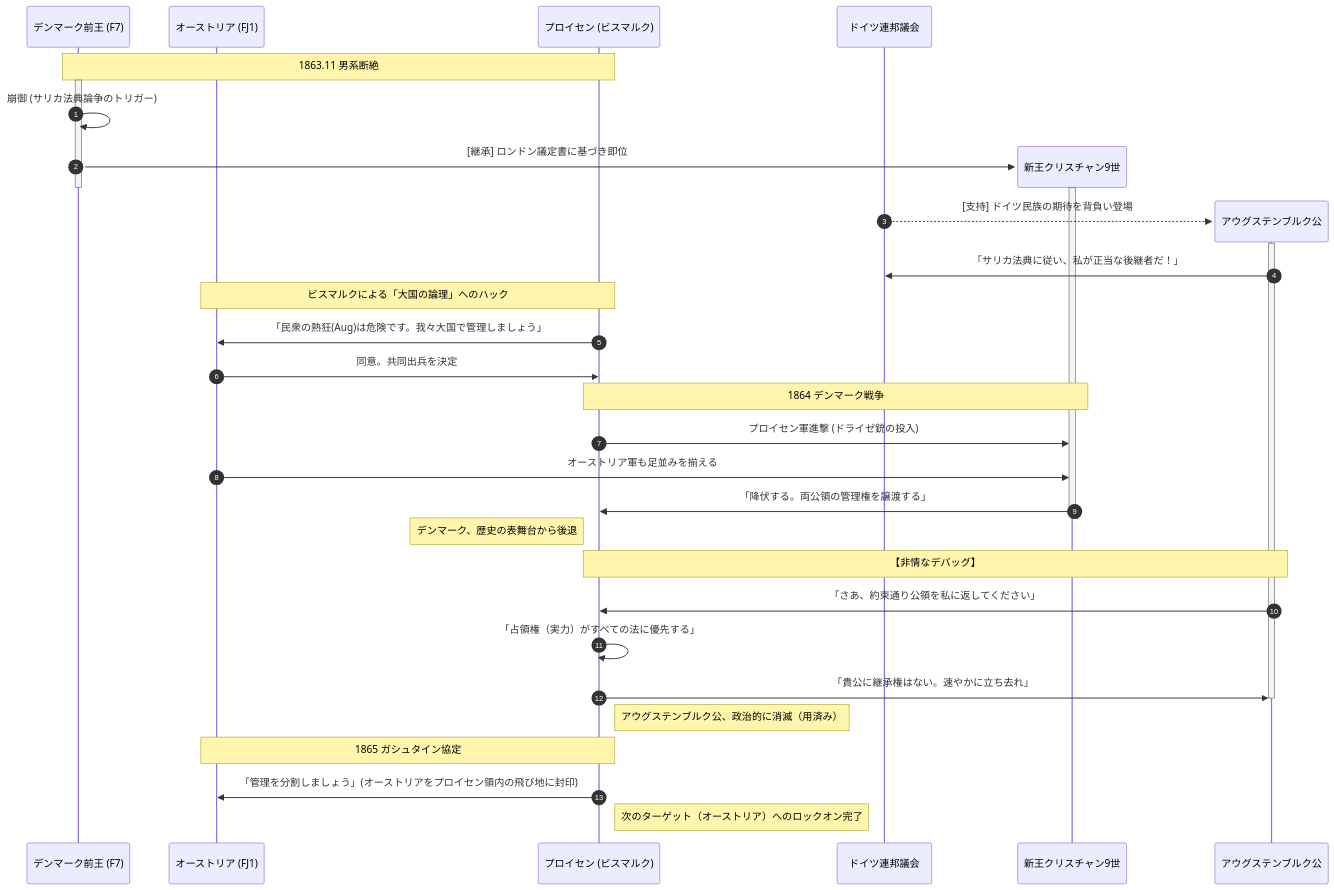
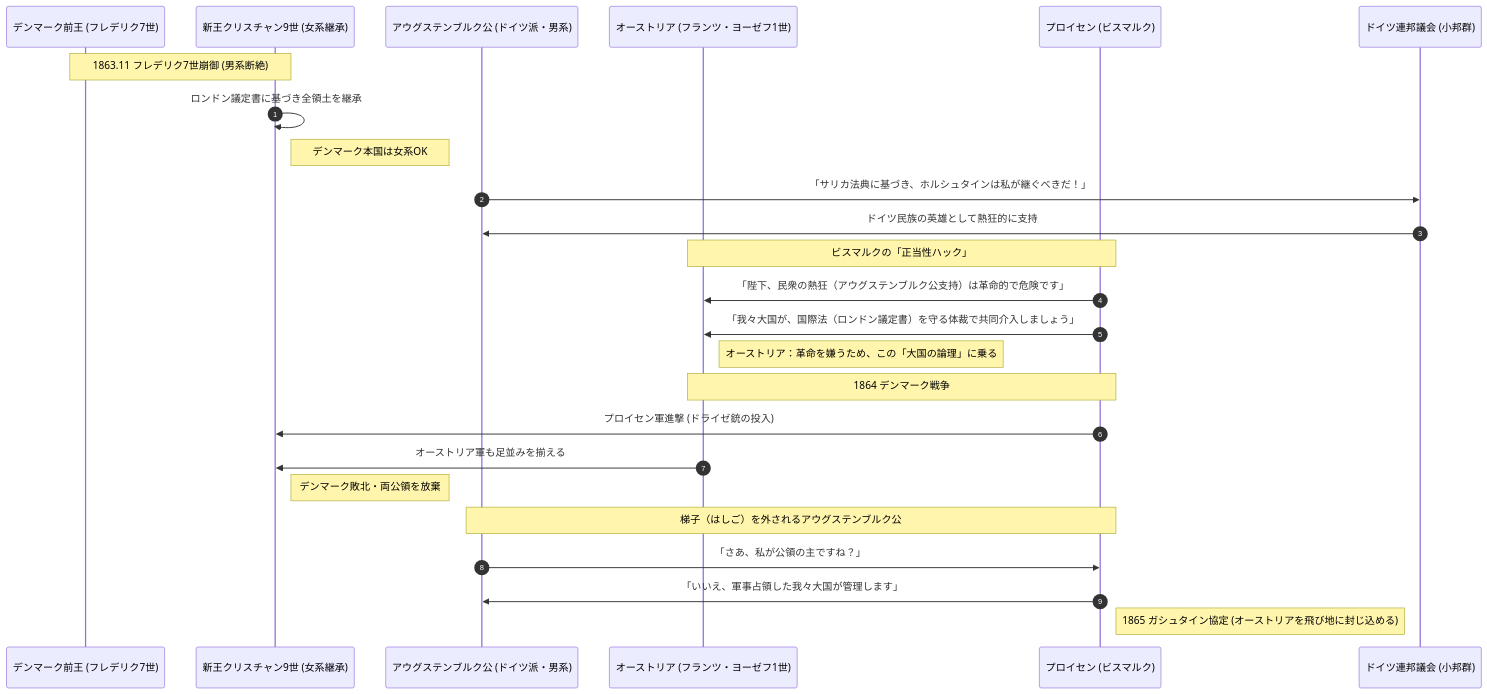
The diagram in 02_zettelkasten/21_domain/history/structure/シュレスヴィヒ=ホルシュタイン問題.md (aokicreativeoffice/AokiCreativeOfficeGTD), drawn with Mermaid before and after one commit. The commit also changed 1 other file, not shown here.

Commit message:
vault backup: 2026-03-26 10:09:20

````diff
--- a/02_zettelkasten/21_domain/history/structure/シュレスヴィヒ=ホルシュタイン問題.md
+++ b/02_zettelkasten/21_domain/history/structure/シュレスヴィヒ=ホルシュタイン問題.md
@@ -25,50 +25,32 @@
 ```mermaid
 sequenceDiagram
     autonumber
-    participant DK_Old as デンマーク前王 (F7)
-    participant Aut as オーストリア (FJ1)
+    participant DK_Old as デンマーク前王 (フレデリク7世)
+    participant DK_New as 新王クリスチャン9世 (女系継承)
+    participant Aug as アウグステンブルク公 (ドイツ派・男系)
+    participant Aut as オーストリア (フランツ・ヨーゼフ1世)
     participant Pru as プロイセン (ビスマルク)
-    participant Diet as ドイツ連邦議会
+    participant Diet as ドイツ連邦議会 (小邦群)
+
+    Note over DK_Old, DK_New: 1863.11 フレデリク7世崩御 (男系断絶)
+    DK_New->>DK_New: ロンドン議定書に基づき全領土を継承
+    Note right of DK_New: デンマーク本国は女系OK
     
-    Note over DK_Old, Pru: 1863.11 男系断絶
-    activate DK_Old
-    DK_Old->>DK_Old: 崩御 (サリカ法典論争のトリガー)
+    Aug->>Diet: 「サリカ法典に基づき、ホルシュタインは私が継ぐべきだ！」
+    Diet->>Aug: ドイツ民族の英雄として熱狂的に支持
     
-    %% 新王の登場
-    create participant DK_New as 新王クリスチャン9世
-    DK_Old->>DK_New: [継承] ロンドン議定書に基づき即位
-    deactivate DK_Old
-    activate DK_New
+    Note over Pru, Aut: ビスマルクの「正当性ハック」
+    Pru->>Aut: 「陛下、民衆の熱狂（アウグステンブルク公支持）は革命的で危険です」
+    Pru->>Aut: 「我々大国が、国際法（ロンドン議定書）を守る体裁で共同介入しましょう」
+    Note right of Aut: オーストリア：革命を嫌うため、この「大国の論理」に乗る
     
-    %% アウグステンブルク公の登場
-    create participant Aug as アウグステンブルク公
-    Diet-->>Aug: [支持] ドイツ民族の期待を背負い登場
-    activate Aug
-    Aug->>Diet: 「サリカ法典に従い、私が正当な後継者だ！」
-    
-    Note over Pru, Aut: ビスマルクによる「大国の論理」へのハック
-    Pru->>Aut: 「民衆の熱狂(Aug)は危険です。我々大国で管理しましょう」
-    Aut->>Pru: 同意。共同出兵を決定
-    
-    Note over Pru, DK_New: 1864 デンマーク戦争
+    Note over Pru, Aut: 1864 デンマーク戦争
     Pru->>DK_New: プロイセン軍進撃 (ドライゼ銃の投入)
     Aut->>DK_New: オーストリア軍も足並みを揃える
+    Note right of DK_New: デンマーク敗北・両公領を放棄
     
-    %% デンマークの敗北と消去（敗北を認めるメッセージの後に消滅）
-    DK_New->>Pru: 「降伏する。両公領の管理権を譲渡する」
-    deactivate DK_New
-    Note left of Pru: デンマーク、歴史の表舞台から後退
-    
-    Note over Aug, Pru: 【非情なデバッグ】
-    Aug->>Pru: 「さあ、約束通り公領を私に返してください」
-    Pru->>Pru: 「占領権（実力）がすべての法に優先する」
-    
-    %% アウグステンブルク公の消去（追放のメッセージの後に消滅）
-    Pru->>Aug: 「貴公に継承権はない。速やかに立ち去れ」
-    deactivate Aug
-    Note right of Pru: アウグステンブルク公、政治的に消滅（用済み）
-    
-    Note over Pru, Aut: 1865 ガシュタイン協定
-    Pru->>Aut: 「管理を分割しましょう」(オーストリアをプロイセン領内の飛び地に封印)
-    Note right of Pru: 次のターゲット（オーストリア）へのロックオン完了
+    Note over Pru, Aug: 梯子（はしご）を外されるアウグステンブルク公
+    Aug->>Pru: 「さあ、私が公領の主ですね？」
+    Pru->>Aug: 「いいえ、軍事占領した我々大国が管理します」
+    Note right of Pru: 1865 ガシュタイン協定 (オーストリアを飛び地に封じ込める)
 ```
````
